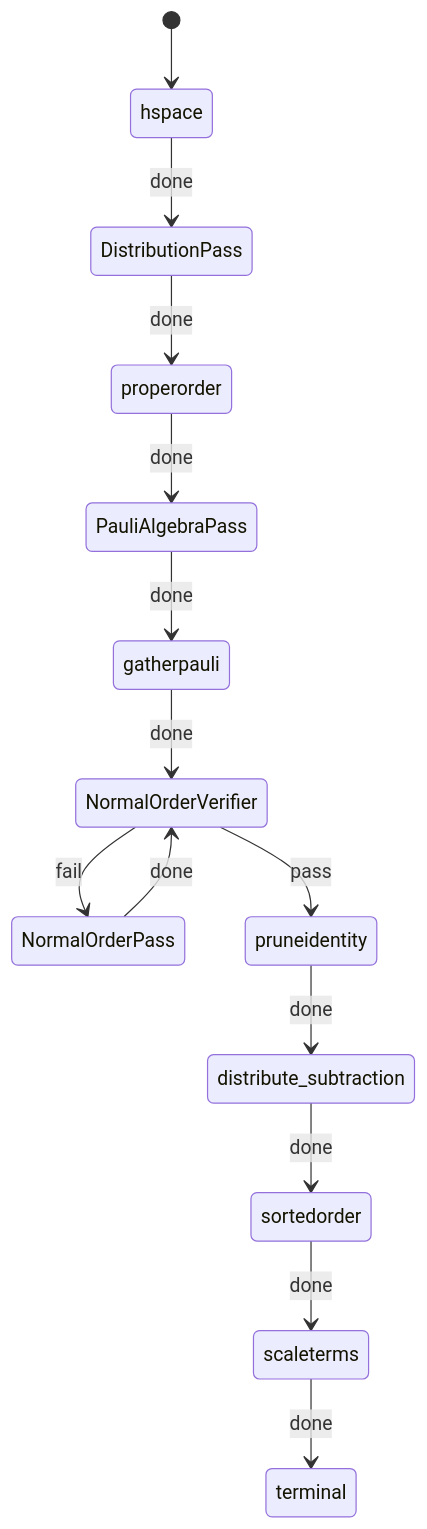
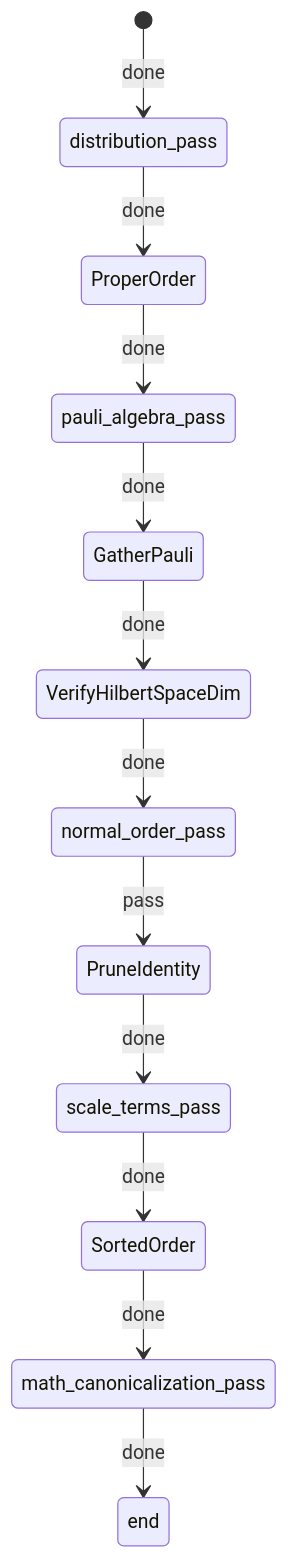
One commit to SeivenBell/oqd-core changed diagram 17 of 17 in docs/explanation/canonicalization.md. Above: the diagram before and after it, drawn with Mermaid. The commit also changed other lines of this file and 1 other file, not shown here.

Commit message:
Update operator canonicalization documentation

````diff
--- a/docs/explanation/canonicalization.md
+++ b/docs/explanation/canonicalization.md
@@ -490,17 +490,15 @@
 ```mermaid
 stateDiagram-v2
 
-[*] --> hspace
-hspace --> DistributionPass: done
-DistributionPass --> properorder: done
-properorder --> PauliAlgebraPass: done
-PauliAlgebraPass --> gatherpauli: done
-gatherpauli --> NormalOrderVerifier: done
-NormalOrderVerifier --> NormalOrderPass: fail
-NormalOrderPass --> NormalOrderVerifier: done
-NormalOrderVerifier --> pruneidentity: pass
-pruneidentity --> distribute_subtraction: done
-distribute_subtraction --> sortedorder: done
-sortedorder --> scaleterms: done
-scaleterms --> terminal: done
+[*] --> distribution_pass: done
+distribution_pass --> ProperOrder: done
+ProperOrder --> pauli_algebra_pass: done
+pauli_algebra_pass --> GatherPauli: done
+GatherPauli --> VerifyHilbertSpaceDim: done
+VerifyHilbertSpaceDim --> normal_order_pass: done
+normal_order_pass --> PruneIdentity: pass
+PruneIdentity --> scale_terms_pass: done
+scale_terms_pass --> SortedOrder: done
+SortedOrder --> math_canonicalization_pass: done
+math_canonicalization_pass --> end: done
 ```
````
